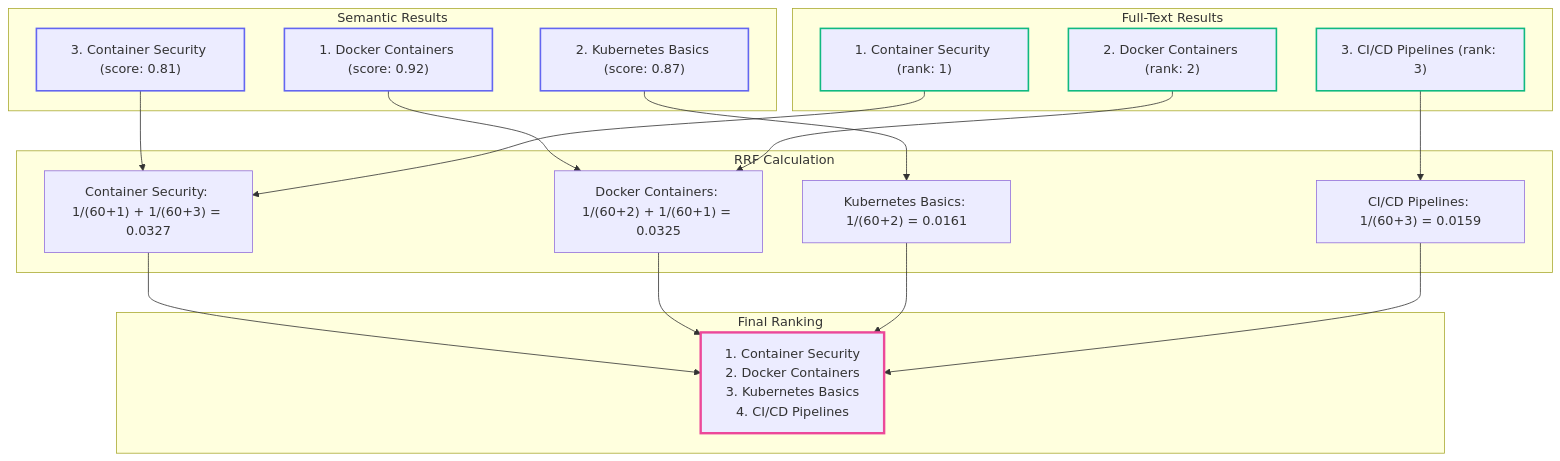
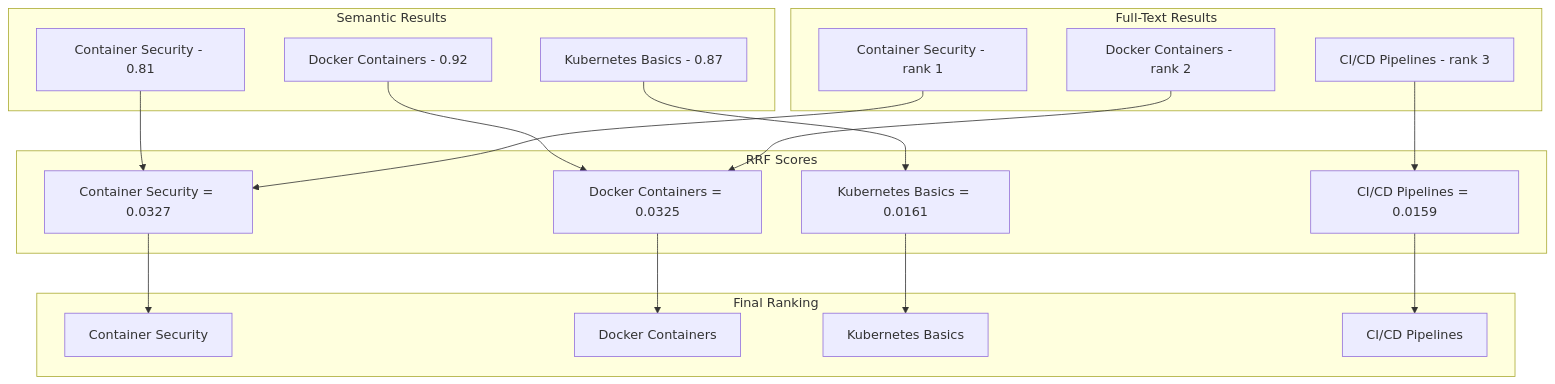
One commit to Shaddix/mostlylucidweb changed the second of 3 diagrams in Mostlylucid/Markdown/semantic-search-in-action.md. Above: the diagram before and after it, drawn with Mermaid. The commit also changed other lines of this file and 9 other files, not shown here.

````diff
--- a/Mostlylucid/Markdown/semantic-search-in-action.md
+++ b/Mostlylucid/Markdown/semantic-search-in-action.md
@@ -248,44 +248,39 @@
 ```mermaid
 flowchart TB
-    subgraph "Semantic Results"
-        S1["1. Docker Containers (score: 0.92)"]
-        S2["2. Kubernetes Basics (score: 0.87)"]
-        S3["3. Container Security (score: 0.81)"]
+    subgraph Semantic[Semantic Results]
+        S1[Docker Containers - 0.92]
+        S2[Kubernetes Basics - 0.87]
+        S3[Container Security - 0.81]
     end
 
-    subgraph "Full-Text Results"
-        F1["1. Container Security (rank: 1)"]
-        F2["2. Docker Containers (rank: 2)"]
-        F3["3. CI/CD Pipelines (rank: 3)"]
+    subgraph FullText[Full-Text Results]
+        F1[Container Security - rank 1]
+        F2[Docker Containers - rank 2]
+        F3[CI/CD Pipelines - rank 3]
     end
 
-    subgraph "RRF Calculation"
-        R1["Container Security: 1/(60+1) + 1/(60+3) = 0.0327"]
-        R2["Docker Containers: 1/(60+2) + 1/(60+1) = 0.0325"]
-        R3["Kubernetes Basics: 1/(60+2) = 0.0161"]
-        R4["CI/CD Pipelines: 1/(60+3) = 0.0159"]
+    subgraph RRF[RRF Scores]
+        R1[Container Security = 0.0327]
+        R2[Docker Containers = 0.0325]
+        R3[Kubernetes Basics = 0.0161]
+        R4[CI/CD Pipelines = 0.0159]
     end
 
-    subgraph "Final Ranking"
-        Final["1. Container Security<br/>2. Docker Containers<br/>3. Kubernetes Basics<br/>4. CI/CD Pipelines"]
+    subgraph Final[Final Ranking]
+        O1[Container Security]
+        O2[Docker Containers]
+        O3[Kubernetes Basics]
+        O4[CI/CD Pipelines]
     end
 
     S1 --> R2
     S2 --> R3
     S3 --> R1
     F1 --> R1
     F2 --> R2
     F3 --> R4
-    R1 --> Final
-    R2 --> Final
-    R3 --> Final
-    R4 --> Final
-
-    style S1 stroke:#6366f1,stroke-width:2px
-    style S2 stroke:#6366f1,stroke-width:2px
-    style S3 stroke:#6366f1,stroke-width:2px
-    style F1 stroke:#10b981,stroke-width:2px
-    style F2 stroke:#10b981,stroke-width:2px
-    style F3 stroke:#10b981,stroke-width:2px
-    style Final stroke:#ec4899,stroke-width:3px
+    R1 --> O1
+    R2 --> O2
+    R3 --> O3
+    R4 --> O4
 ```
````
